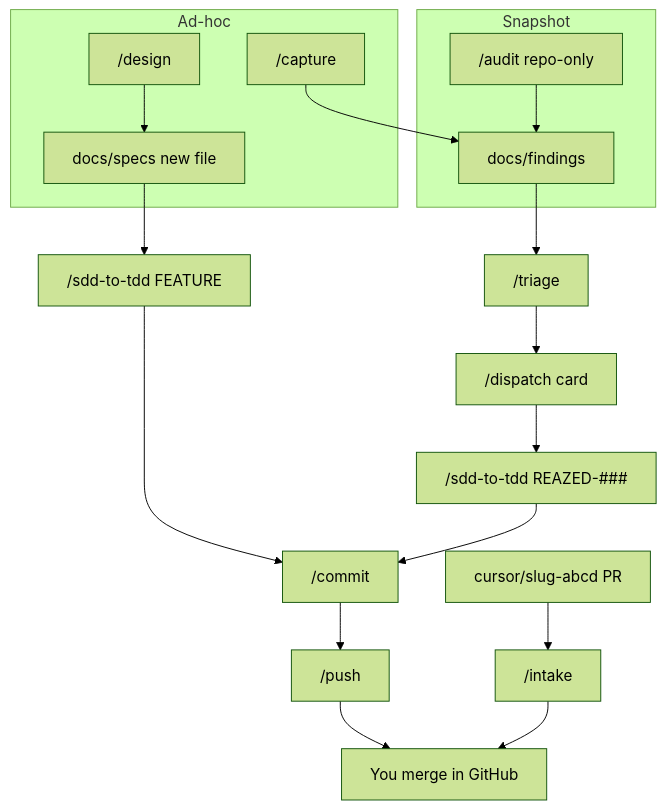
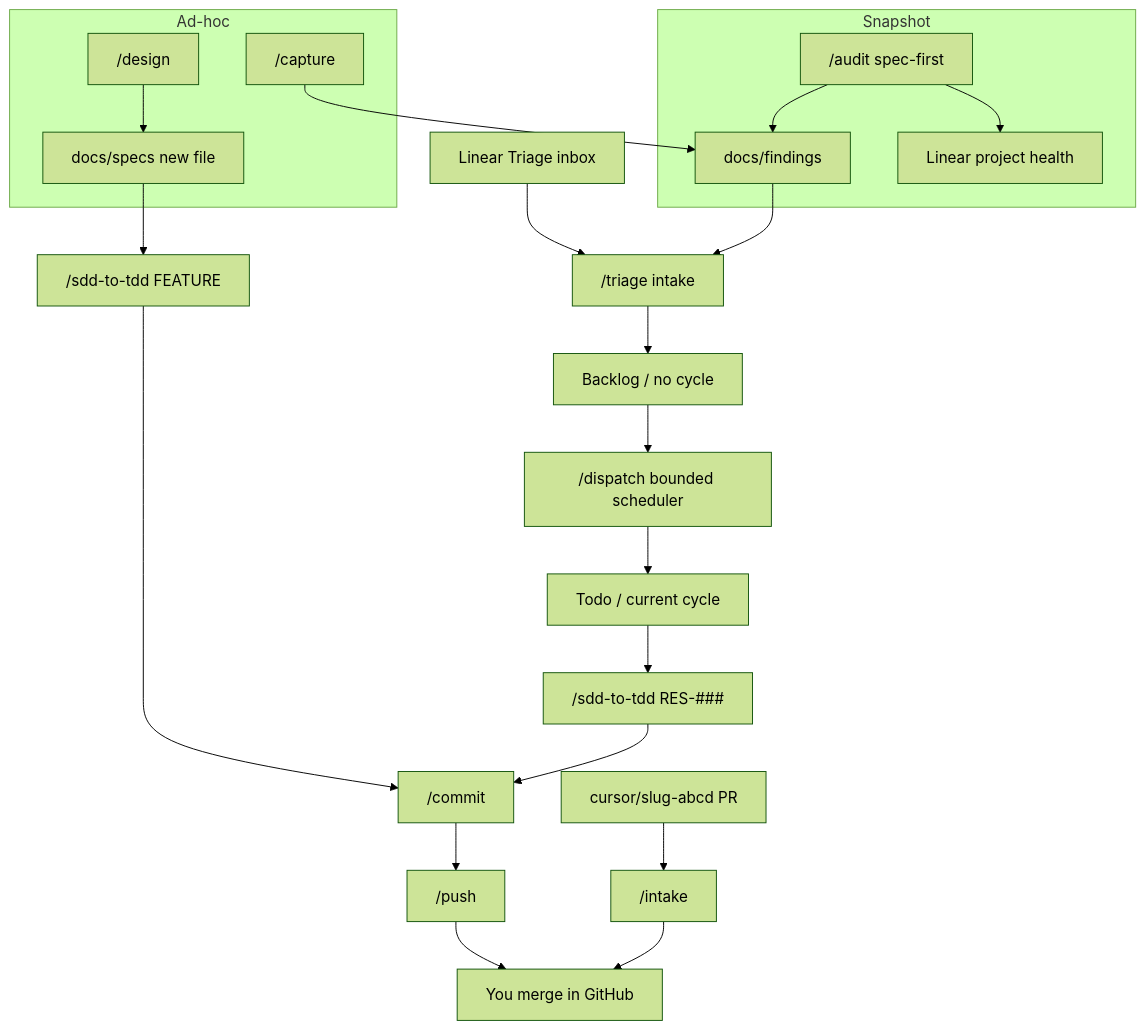
Before and after one commit to ralfcam/restaurant-system: the diagram in .cursor/README.md, drawn with Mermaid (forest theme). The commit also changed other lines of this file and 31 other files, not shown here.

First line of the commit message:
docs(linear): route RES work through discovered V-X.X projects

````diff
--- a/.cursor/README.md
+++ b/.cursor/README.md
@@ -44,23 +62,27 @@
 ```mermaid
 flowchart TD
   subgraph snapshot [Snapshot]
-    Audit["/audit repo-only"]
+    Audit["/audit spec-first"]
     Audit --> Ledger["docs/findings"]
+    Audit --> ProjectHealth["Linear project health"]
   end
   subgraph adhoc [Ad-hoc]
     Capture["/capture"]
     Design["/design"]
     Capture --> Ledger
     Design --> Spec["docs/specs new file"]
   end
-  Ledger --> Triage["/triage"]
-  Triage --> Dispatch["/dispatch card"]
+  LinearTriage["Linear Triage inbox"] --> Triage["/triage intake"]
+  Ledger --> Triage
+  Triage --> Backlog["Backlog / no cycle"]
+  Backlog --> Dispatch["/dispatch bounded scheduler"]
+  Dispatch --> Todo["Todo / current cycle"]
   Spec --> Sdd["/sdd-to-tdd FEATURE"]
-  Dispatch --> Sdd2["/sdd-to-tdd REAZED-###"]
+  Todo --> Sdd2["/sdd-to-tdd RES-###"]
   Sdd --> Commit["/commit"]
   Sdd2 --> Commit
   Commit --> Push["/push"]
   Push --> Merge["You merge in GitHub"]
   CloudPR["cursor/slug-abcd PR"] --> Intake["/intake"]
   Intake --> Merge
 ```
````
